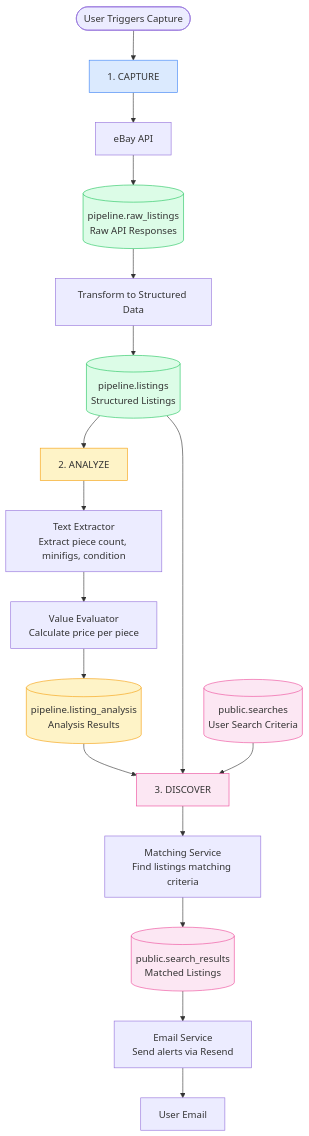
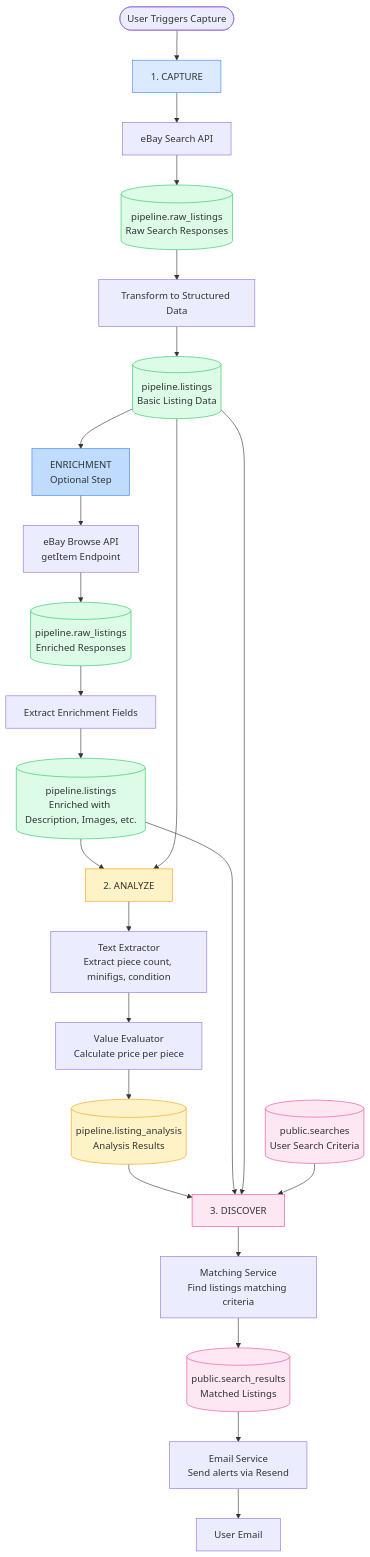
Before and after one commit to jeshuamaxey/brick-index: the first of 2 diagrams in docs/pipeline.md, drawn with Mermaid. The commit also changed other lines of this file and 2 other files, not shown here.

First line of the commit message:
Update documentation to include enrichment functionality

````diff
--- a/docs/pipeline.md
+++ b/docs/pipeline.md
@@ -9,31 +9,42 @@
 ```mermaid
 flowchart TD
     Start([User Triggers Capture]) --> Capture[1. CAPTURE]
     
-    Capture --> MarketplaceAPI[eBay API]
-    MarketplaceAPI --> RawListings[(pipeline.raw_listings<br/>Raw API Responses)]
+    Capture --> MarketplaceAPI[eBay Search API]
+    MarketplaceAPI --> RawListings[(pipeline.raw_listings<br/>Raw Search Responses)]
     RawListings --> Transform[Transform to Structured Data]
-    Transform --> Listings[(pipeline.listings<br/>Structured Listings)]
+    Transform --> Listings[(pipeline.listings<br/>Basic Listing Data)]
     
-    Listings --> Analyze[2. ANALYZE]
+    Listings --> Enrich[ENRICHMENT<br/>Optional Step]
+    Enrich --> EnrichAPI[eBay Browse API<br/>getItem Endpoint]
+    EnrichAPI --> EnrichedRaw[(pipeline.raw_listings<br/>Enriched Responses)]
+    EnrichedRaw --> EnrichExtract[Extract Enrichment Fields]
+    EnrichExtract --> EnrichedListings[(pipeline.listings<br/>Enriched with Description, Images, etc.)]
+    
+    EnrichedListings --> Analyze[2. ANALYZE]
+    Listings --> Analyze
     Analyze --> TextExtractor[Text Extractor<br/>Extract piece count, minifigs, condition]
     TextExtractor --> ValueEvaluator[Value Evaluator<br/>Calculate price per piece]
     ValueEvaluator --> Analysis[(pipeline.listing_analysis<br/>Analysis Results)]
     
     Analysis --> Discover[3. DISCOVER]
+    EnrichedListings --> Discover
     Listings --> Discover
     Searches[(public.searches<br/>User Search Criteria)] --> Discover
     Discover --> Matching[Matching Service<br/>Find listings matching criteria]
     Matching --> SearchResults[(public.search_results<br/>Matched Listings)]
     SearchResults --> EmailService[Email Service<br/>Send alerts via Resend]
     EmailService --> UserEmail[User Email]
     
     style Capture fill:#dbeafe,stroke:#3b82f6
+    style Enrich fill:#bfdbfe,stroke:#3b82f6
     style Analyze fill:#fef3c7,stroke:#f59e0b
     style Discover fill:#fce7f3,stroke:#ec4899
     style RawListings fill:#dcfce7,stroke:#22c55e
     style Listings fill:#dcfce7,stroke:#22c55e
+    style EnrichedRaw fill:#dcfce7,stroke:#22c55e
+    style EnrichedListings fill:#dcfce7,stroke:#22c55e
     style Analysis fill:#fef3c7,stroke:#f59e0b
     style Searches fill:#fce7f3,stroke:#ec4899
     style SearchResults fill:#fce7f3,stroke:#ec4899
 ```
````
